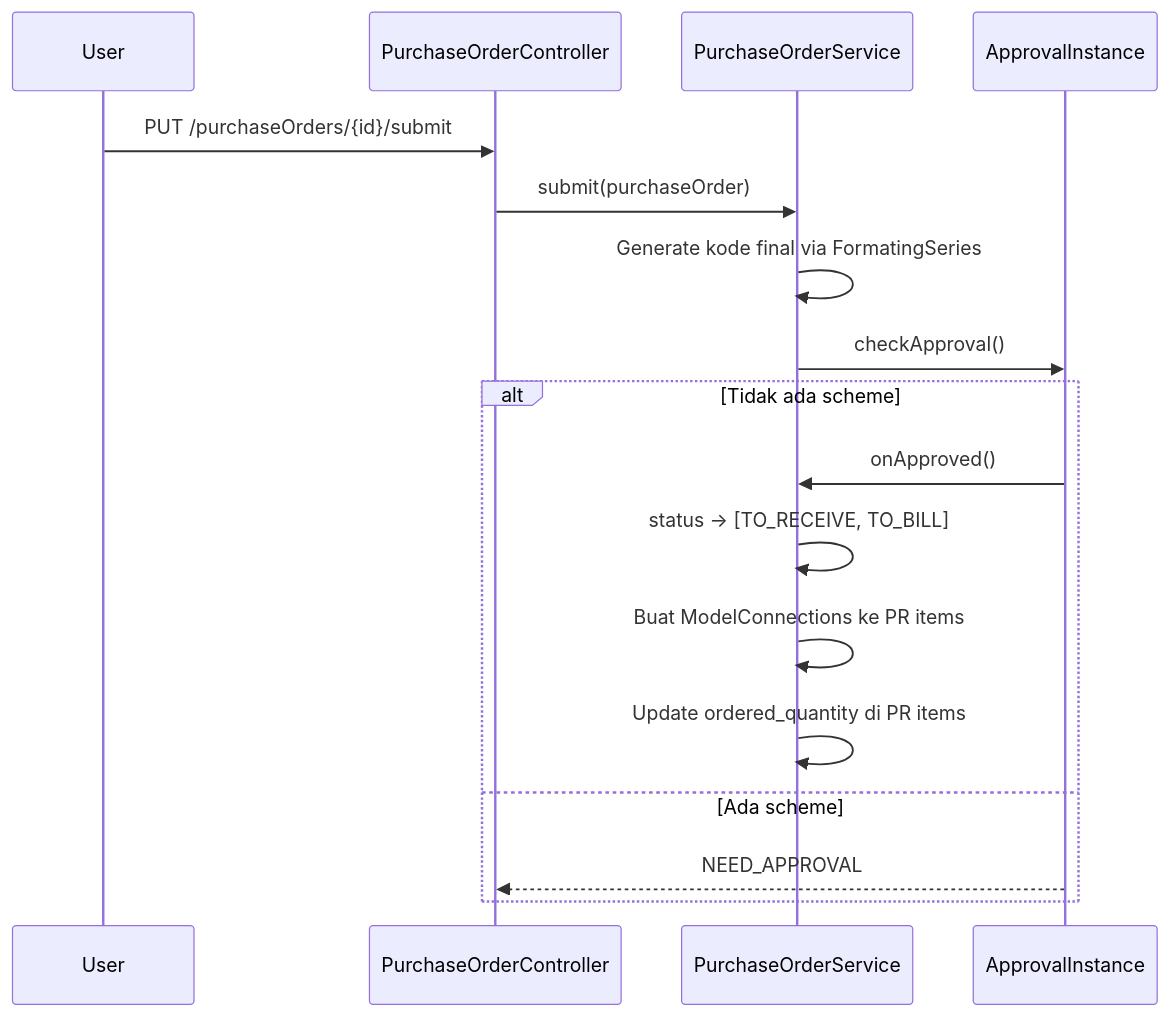
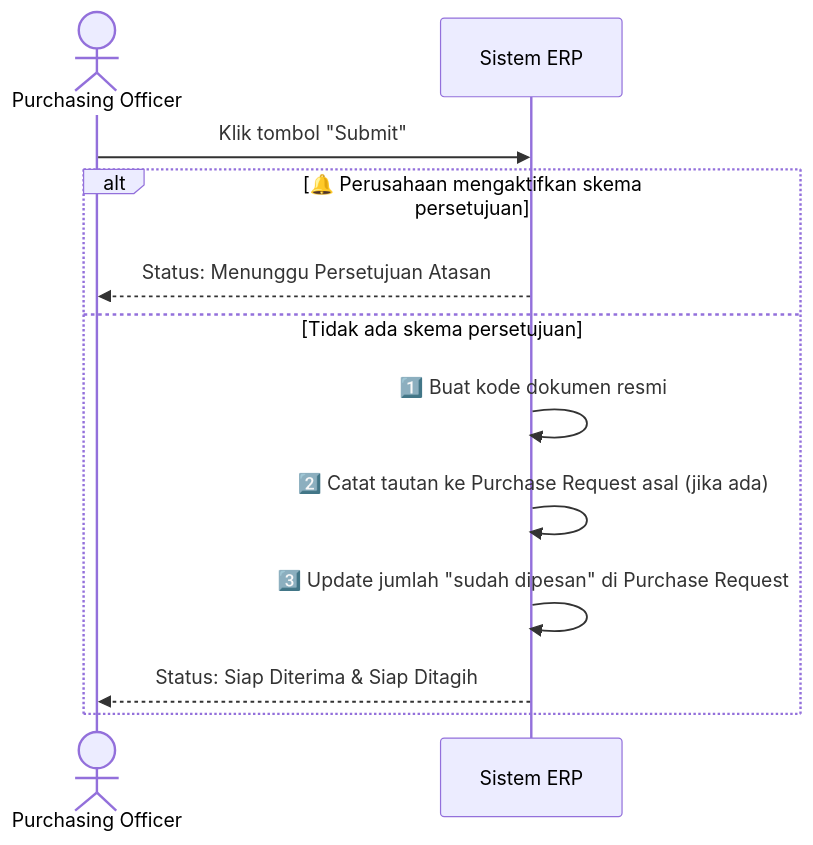
One commit to RimbunCode/erp_pataya changed the fourth of 7 diagrams in docs/modules/purchase.md. Above: the diagram before and after it, drawn with Mermaid. The commit also changed other lines of this file and 14 other files, not shown here.

````diff
--- a/docs/modules/purchase.md
+++ b/docs/modules/purchase.md
@@ -205,20 +179,16 @@
 ```mermaid
 sequenceDiagram
-    participant U as User
-    participant C as PurchaseOrderController
-    participant S as PurchaseOrderService
-    participant A as ApprovalInstance
+    actor U as Purchasing Officer
+    participant Sys as Sistem ERP
 
-    U->>C: PUT /purchaseOrders/{id}/submit
-    C->>S: submit(purchaseOrder)
-    S->>S: Generate kode final via FormatingSeries
-    S->>A: checkApproval()
-    alt Tidak ada scheme
-        A->>S: onApproved()
-        S->>S: status → [TO_RECEIVE, TO_BILL]
-        S->>S: Buat ModelConnections ke PR items
-        S->>S: Update ordered_quantity di PR items
-    else Ada scheme
-        A-->>C: NEED_APPROVAL
+    U->>Sys: Klik tombol "Submit"
+
+    alt 🔔 Perusahaan mengaktifkan skema persetujuan
+        Sys-->>U: Status: Menunggu Persetujuan Atasan
+    else Tidak ada skema persetujuan
+        Sys->>Sys: 1️⃣ Buat kode dokumen resmi
+        Sys->>Sys: 2️⃣ Catat tautan ke Purchase Request asal (jika ada)
+        Sys->>Sys: 3️⃣ Update jumlah "sudah dipesan" di Purchase Request
+        Sys-->>U: Status: Siap Diterima & Siap Ditagih
     end
 ```
````
